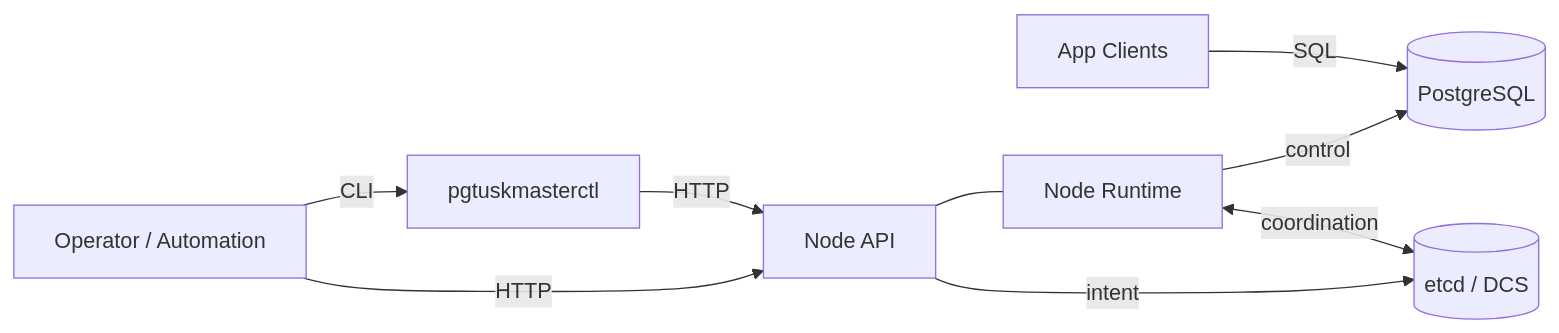
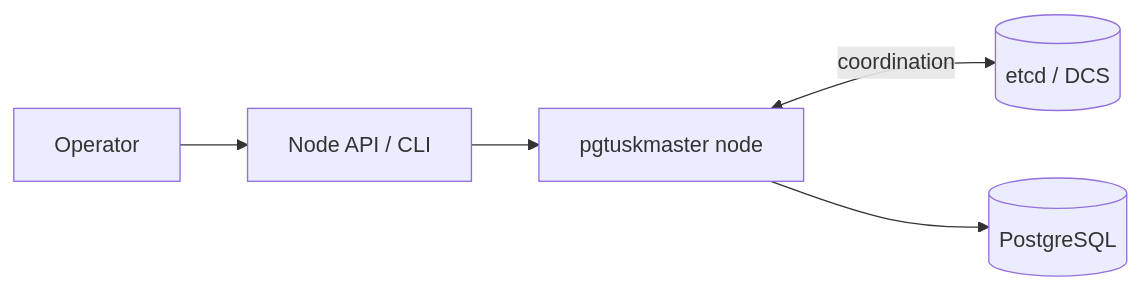
The diagram in docs/src/introduction.md (djosh34/pgtuskmaster_rust), drawn with Mermaid before and after one commit. The commit also changed other lines of this file and 79 other files, not shown here.

````diff
--- a/docs/src/introduction.md
+++ b/docs/src/introduction.md
@@ -14,13 +7,7 @@
 ```mermaid
 flowchart LR
-  Operator[Operator / Automation] -->|HTTP| API[Node API]
-  Operator -->|CLI| CLI[pgtuskmasterctl]
-  CLI -->|HTTP| API
-
-  API --- Runtime[Node Runtime]
-  API -->|intent| ETCD[(etcd / DCS)]
-  Runtime -->|control| PG[(PostgreSQL)]
-  Runtime <-->|coordination| ETCD
-
-  Clients[App Clients] -->|SQL| PG
+  Op[Operator] --> API[Node API / CLI]
+  API --> Node[pgtuskmaster node]
+  Node <-->|coordination| ETCD[(etcd / DCS)]
+  Node --> PG[(PostgreSQL)]
 ```
````
